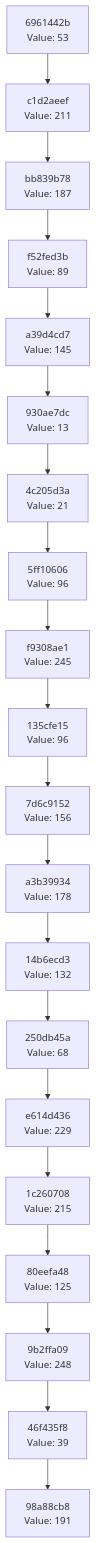
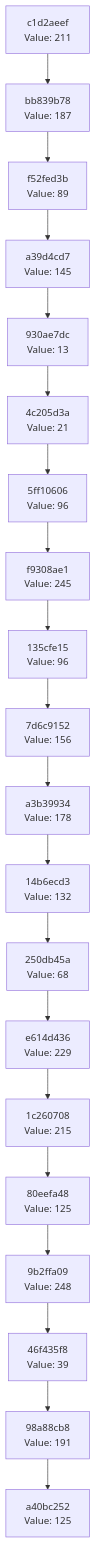
The diagram in docs/CHAIN_VISUALIZATION.md (Abhisheksinha1506/hash-chain-evolver), drawn with Mermaid before and after one commit. The commit also changed 2 other files, not shown here.

Commit message:
Evolution step: hash 0x7D → action executed

````diff
--- a/docs/CHAIN_VISUALIZATION.md
+++ b/docs/CHAIN_VISUALIZATION.md
@@ -3,42 +3,42 @@
 ```mermaid
 graph TD
-    C0["98a88cb8<br/>Value: 191"]
-    C1["46f435f8<br/>Value: 39"]
+    C0["a40bc252<br/>Value: 125"]
+    C1["98a88cb8<br/>Value: 191"]
     C1 --> C0
-    C2["9b2ffa09<br/>Value: 248"]
+    C2["46f435f8<br/>Value: 39"]
     C2 --> C1
-    C3["80eefa48<br/>Value: 125"]
+    C3["9b2ffa09<br/>Value: 248"]
     C3 --> C2
-    C4["1c260708<br/>Value: 215"]
+    C4["80eefa48<br/>Value: 125"]
     C4 --> C3
-    C5["e614d436<br/>Value: 229"]
+    C5["1c260708<br/>Value: 215"]
     C5 --> C4
-    C6["250db45a<br/>Value: 68"]
+    C6["e614d436<br/>Value: 229"]
     C6 --> C5
-    C7["14b6ecd3<br/>Value: 132"]
+    C7["250db45a<br/>Value: 68"]
     C7 --> C6
-    C8["a3b39934<br/>Value: 178"]
+    C8["14b6ecd3<br/>Value: 132"]
     C8 --> C7
-    C9["7d6c9152<br/>Value: 156"]
+    C9["a3b39934<br/>Value: 178"]
     C9 --> C8
-    C10["135cfe15<br/>Value: 96"]
+    C10["7d6c9152<br/>Value: 156"]
     C10 --> C9
-    C11["f9308ae1<br/>Value: 245"]
+    C11["135cfe15<br/>Value: 96"]
     C11 --> C10
-    C12["5ff10606<br/>Value: 96"]
+    C12["f9308ae1<br/>Value: 245"]
     C12 --> C11
-    C13["4c205d3a<br/>Value: 21"]
+    C13["5ff10606<br/>Value: 96"]
     C13 --> C12
-    C14["930ae7dc<br/>Value: 13"]
+    C14["4c205d3a<br/>Value: 21"]
     C14 --> C13
-    C15["a39d4cd7<br/>Value: 145"]
+    C15["930ae7dc<br/>Value: 13"]
     C15 --> C14
-    C16["f52fed3b<br/>Value: 89"]
+    C16["a39d4cd7<br/>Value: 145"]
     C16 --> C15
-    C17["bb839b78<br/>Value: 187"]
+    C17["f52fed3b<br/>Value: 89"]
     C17 --> C16
-    C18["c1d2aeef<br/>Value: 211"]
+    C18["bb839b78<br/>Value: 187"]
     C18 --> C17
-    C19["6961442b<br/>Value: 53"]
+    C19["c1d2aeef<br/>Value: 211"]
     C19 --> C18
 ```
````
